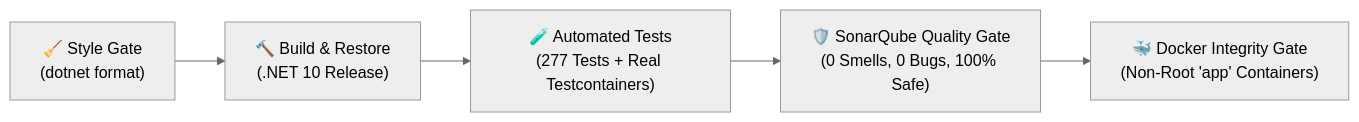
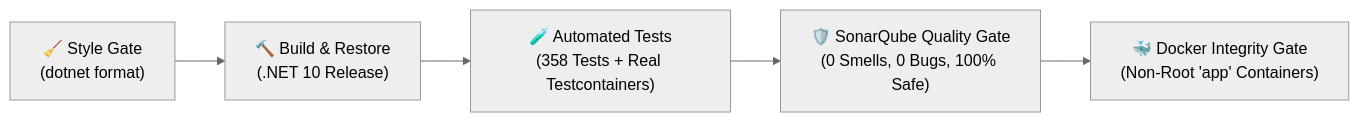
Before and after one commit to enesonmez/shuffleseries_microservices: the third of 3 diagrams in README.md, drawn with Mermaid (neutral theme). The commit also changed other lines of this file and 16 other files, not shown here.

````diff
--- a/README.md
+++ b/README.md
@@ -385,7 +391,7 @@
 ```mermaid
 flowchart LR
     A["🧹 Style Gate\n(dotnet format)"] --> B["🔨 Build & Restore\n(.NET 10 Release)"]
-    B --> C["🧪 Automated Tests\n(277 Tests + Real Testcontainers)"]
+    B --> C["🧪 Automated Tests\n(358 Tests + Real Testcontainers)"]
+    D --> E["🐳 Docker Integrity Gate\n(Non-Root 'app' Containers)"]
     C --> D["🛡️ SonarQube Quality Gate\n(0 Smells, 0 Bugs, 100% Safe)"]
-    D --> E["🐳 Docker Integrity Gate\n(Non-Root 'app' Containers)"]
 ```
````
